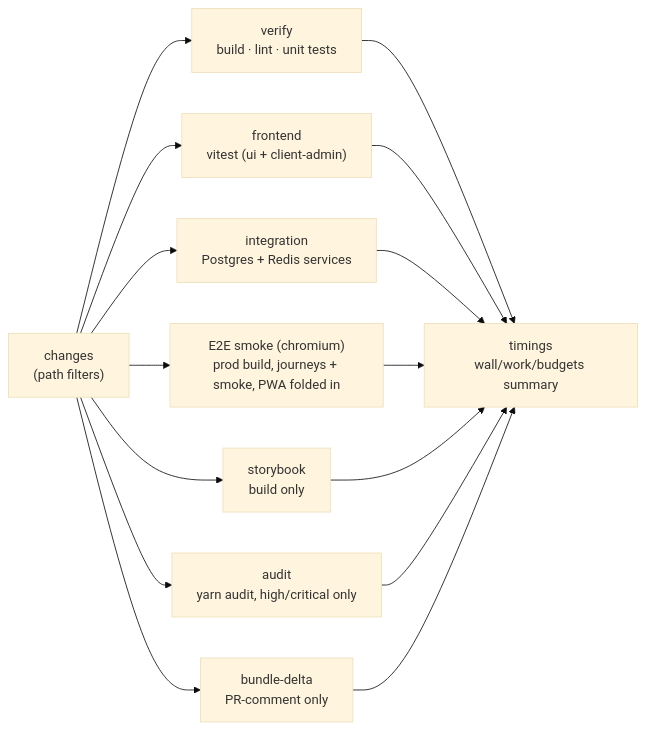
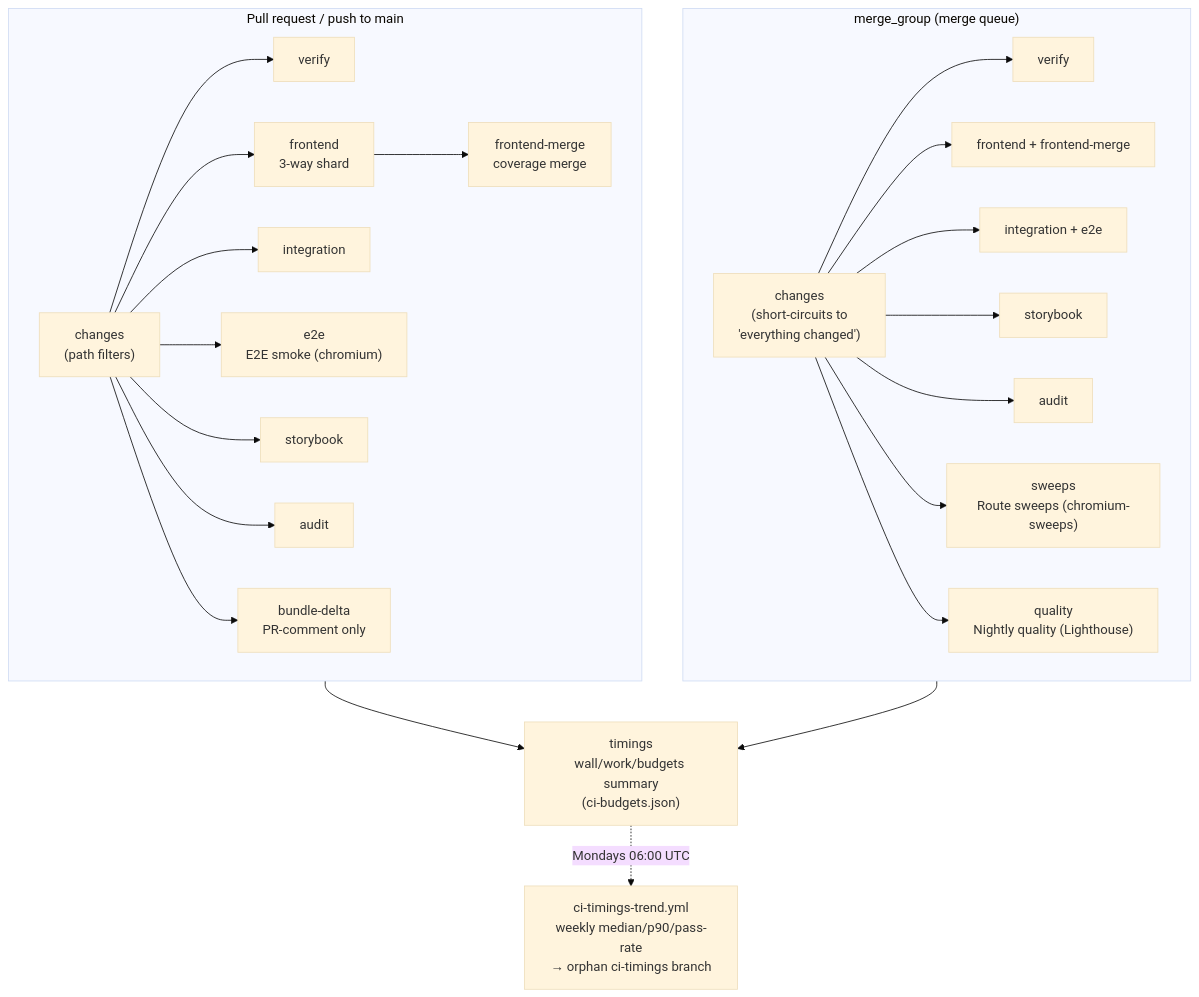
One commit to tareq89/biddaloy changed the third of 3 diagrams in docs/architecture/07-deployment.md. Above: the diagram before and after it, drawn with Mermaid (base theme). The commit also changed other lines of this file and 5 other files, not shown here.

````diff
--- a/docs/architecture/07-deployment.md
+++ b/docs/architecture/07-deployment.md
@@ -102,17 +105,27 @@
 ```mermaid
-flowchart LR
-    changes["changes\n(path filters)"] --> verify["verify\nbuild · lint · unit tests"]
-    changes --> frontend["frontend\nvitest (ui + client-admin)"]
-    changes --> integration["integration\nPostgres + Redis services"]
-    changes --> e2e["E2E smoke (chromium)\nprod build, journeys + smoke, PWA folded in"]
-    changes --> storybook["storybook\nbuild only"]
-    changes --> audit["audit\nyarn audit, high/critical only"]
-    changes --> bundledelta["bundle-delta\nPR-comment only"]
-    verify --> timings["timings\nwall/work/budgets summary"]
-    frontend --> timings
-    integration --> timings
-    e2e --> timings
-    storybook --> timings
-    audit --> timings
-    bundledelta --> timings
+flowchart TB
+    subgraph PR["Pull request / push to main"]
+        direction LR
+        changes1["changes\n(path filters)"] --> verify1["verify"]
+        changes1 --> frontend1["frontend\n3-way shard"]
+        frontend1 --> merge1["frontend-merge\ncoverage merge"]
+        changes1 --> integration1["integration"]
+        changes1 --> e2e1["e2e\nE2E smoke (chromium)"]
+        changes1 --> storybook1["storybook"]
+        changes1 --> audit1["audit"]
+        changes1 --> bundledelta1["bundle-delta\nPR-comment only"]
+    end
+    subgraph MQ["merge_group (merge queue)"]
+        direction LR
+        changes2["changes\n(short-circuits to\n'everything changed')"] --> verify2["verify"]
+        changes2 --> frontend2["frontend + frontend-merge"]
+        changes2 --> integration2["integration + e2e"]
+        changes2 --> storybook2["storybook"]
+        changes2 --> audit2["audit"]
+        changes2 --> sweeps["sweeps\nRoute sweeps (chromium-sweeps)"]
+        changes2 --> quality["quality\nNightly quality (Lighthouse)"]
+    end
+    PR --> timings["timings\nwall/work/budgets summary\n(ci-budgets.json)"]
+    MQ --> timings
+    timings -.->|Mondays 06:00 UTC| trend["ci-timings-trend.yml\nweekly median/p90/pass-rate\n→ orphan ci-timings branch"]
 ```
````
